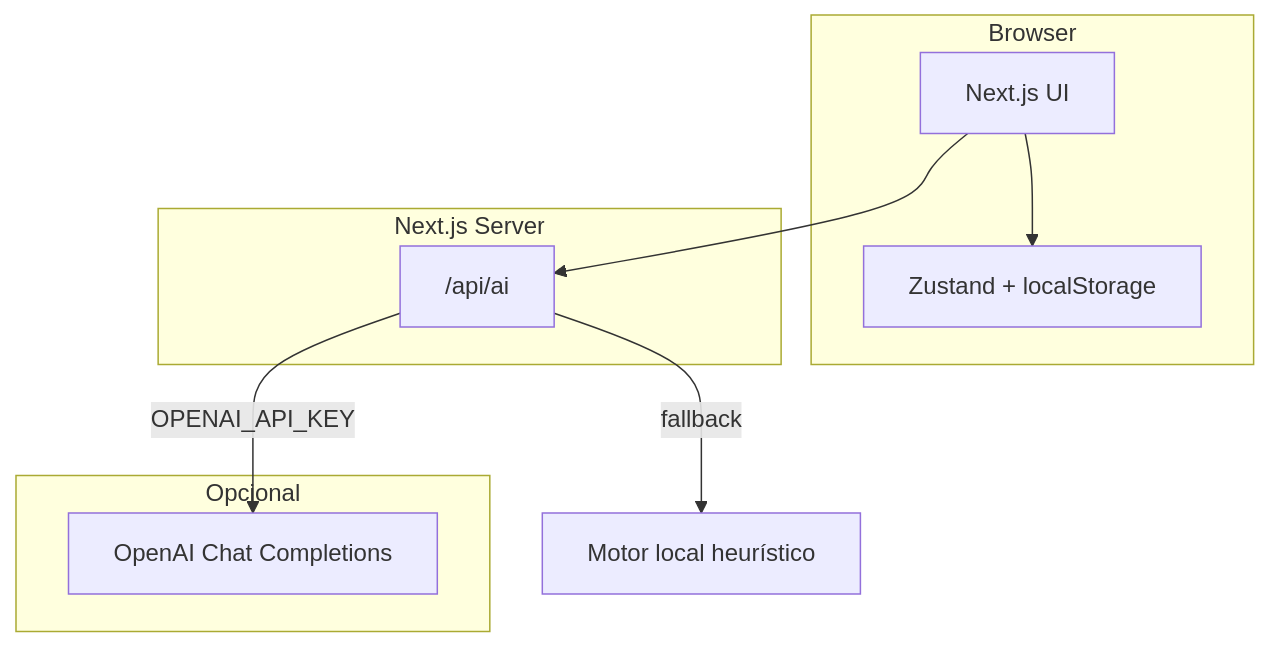
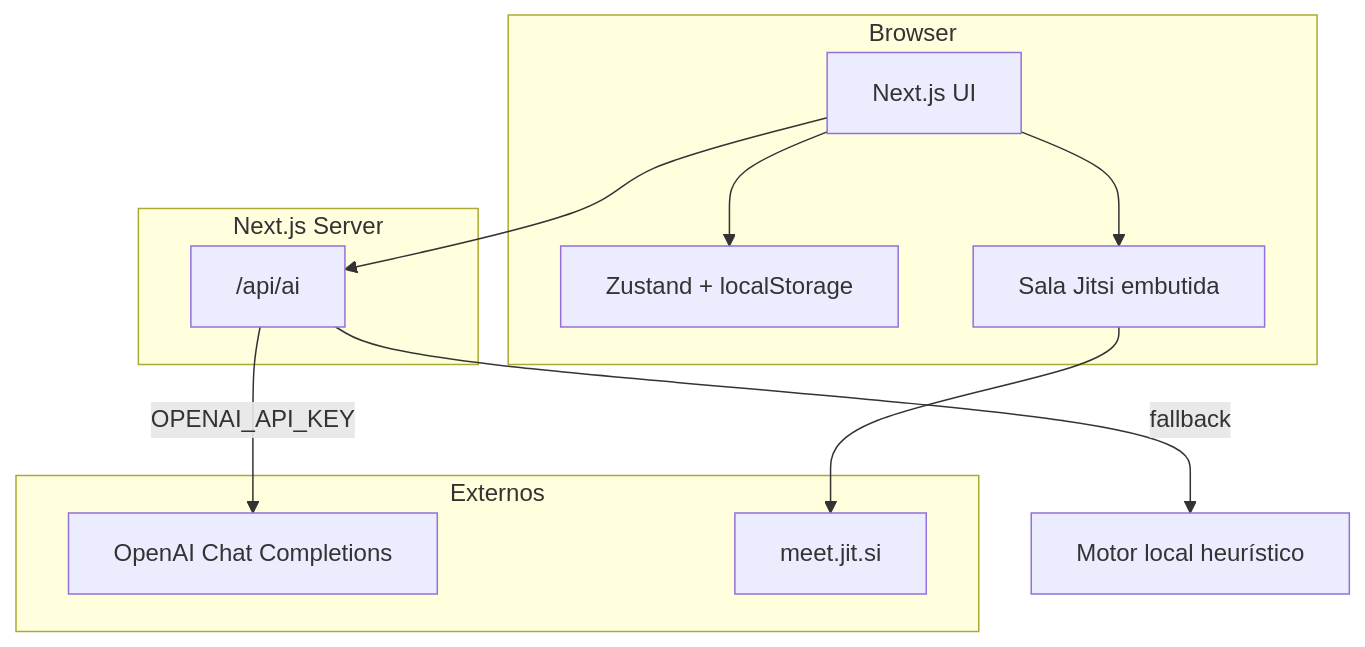
The diagram in docs/ARCHITECTURE.md (naubergois/TrelloAI), drawn with Mermaid before and after one commit. The commit also changed other lines of this file and 8 other files, not shown here.

````diff
--- a/docs/ARCHITECTURE.md
+++ b/docs/ARCHITECTURE.md
@@ -5,17 +5,21 @@
 ```mermaid
 flowchart TB
   subgraph client [Browser]
     UI[Next.js UI]
     Store[Zustand + localStorage]
+    MeetUI[Sala Jitsi embutida]
   end
   subgraph server [Next.js Server]
     AiApi["/api/ai"]
   end
-  subgraph external [Opcional]
+  subgraph external [Externos]
     OpenAI[OpenAI Chat Completions]
+    Jitsi[meet.jit.si]
   end
   UI --> Store
   UI --> AiApi
+  UI --> MeetUI
+  MeetUI --> Jitsi
   AiApi -->|OPENAI_API_KEY| OpenAI
   AiApi -->|fallback| LocalEngine[Motor local heurístico]
 ```
````
